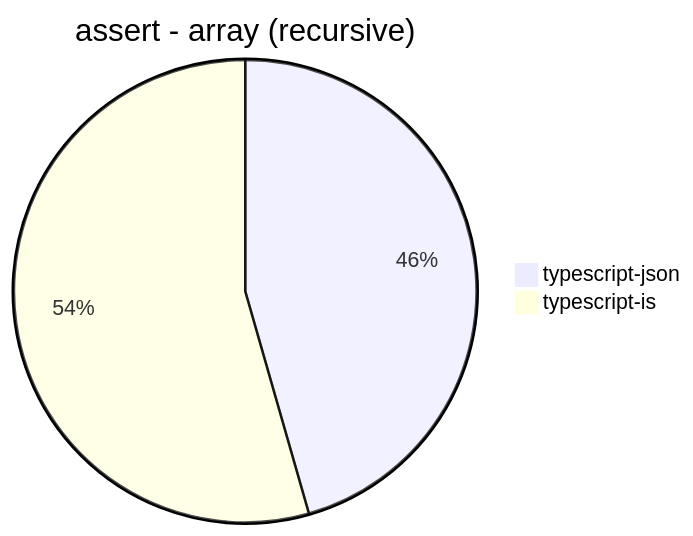
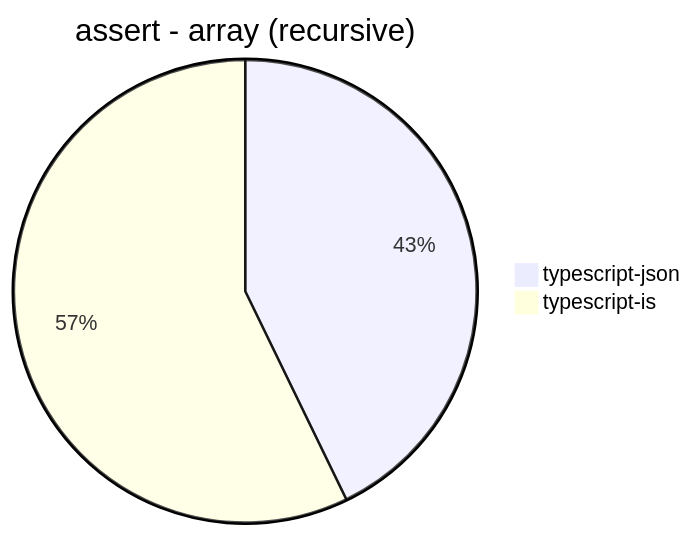
The fourth of 30 diagrams in benchmark/results/Apple M1.md (samchon/typia), drawn with Mermaid before and after one commit. The commit also changed other lines of this file, not shown here.

````diff
--- a/benchmark/results/Apple M1.md
+++ b/benchmark/results/Apple M1.md
@@ -38,5 +39,5 @@
 ```mermaid
 pie title assert - array (recursive)
-  "typescript-json": 1501.965188096575
-  "typescript-is": 1794.75827873207
+  "typescript-json": 1428.306436653682
+  "typescript-is": 1908.2823790994996
 ```
````
